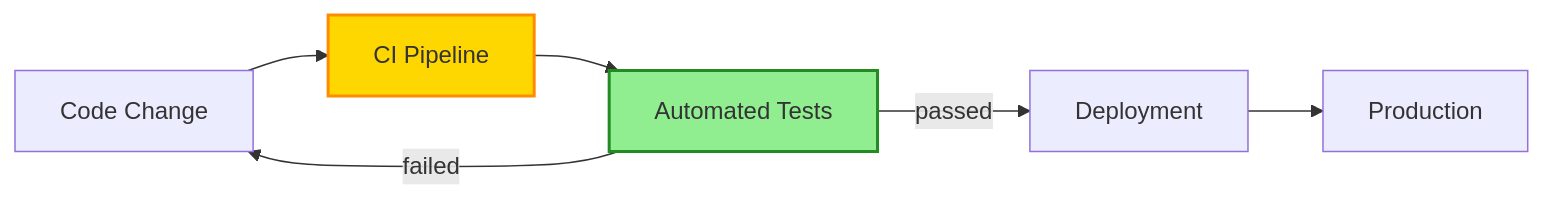
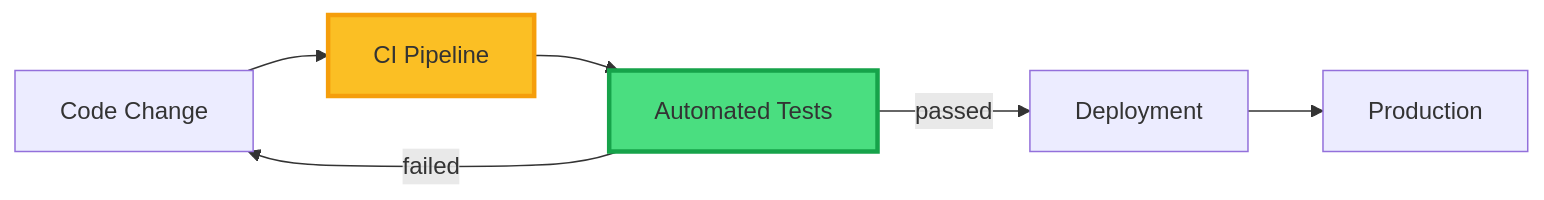
The sixth of 6 diagrams in .claude/commands/update-pr.md (Smana/scai), drawn with Mermaid before and after one commit. The commit also changed other lines of this file and 57 other files, not shown here.

````diff
--- a/.claude/commands/update-pr.md
+++ b/.claude/commands/update-pr.md
@@ -431,17 +350,17 @@
 ```mermaid
 flowchart LR
     code["Code Change"]
     ci["CI Pipeline"]:::modified
     test["Automated Tests"]:::new
     deploy["Deployment"]
     prod["Production"]
 
     code --> ci
     ci --> test
     test -- "passed" --> deploy
     test -- "failed" --> code
     deploy --> prod
 
-    classDef new fill:#90EE90,stroke:#228B22,stroke-width:2px
-    classDef modified fill:#FFD700,stroke:#FF8C00,stroke-width:2px
+    classDef new fill:#4ADE80,stroke:#16A34A,stroke-width:3px
+    classDef modified fill:#FBBF24,stroke:#F59E0B,stroke-width:3px
 ```
````
